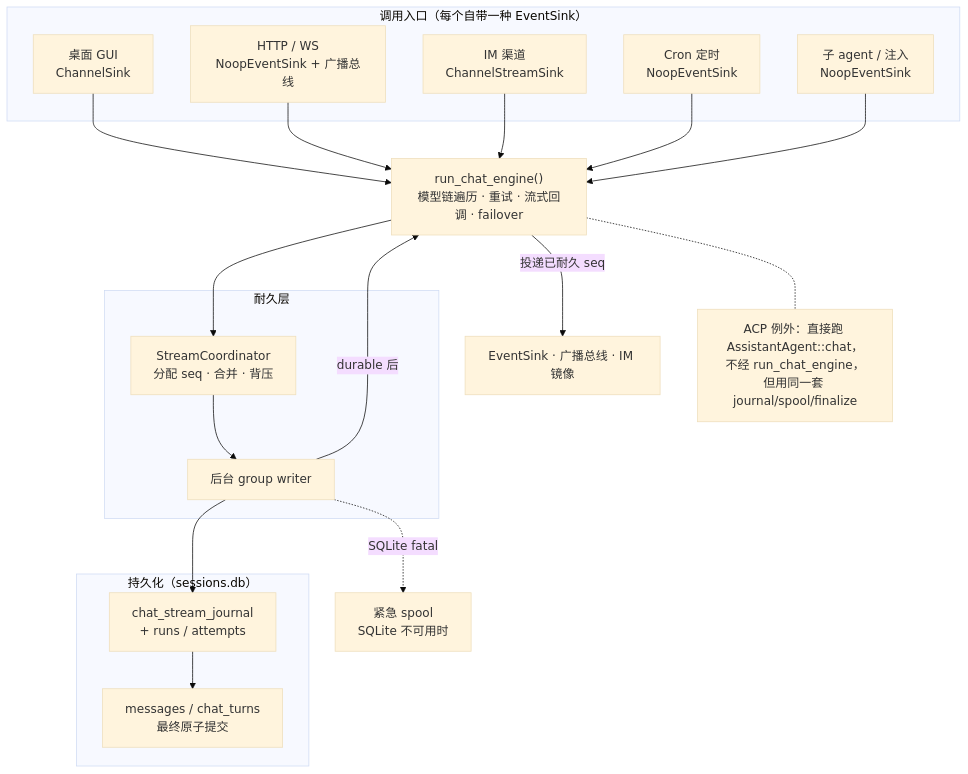
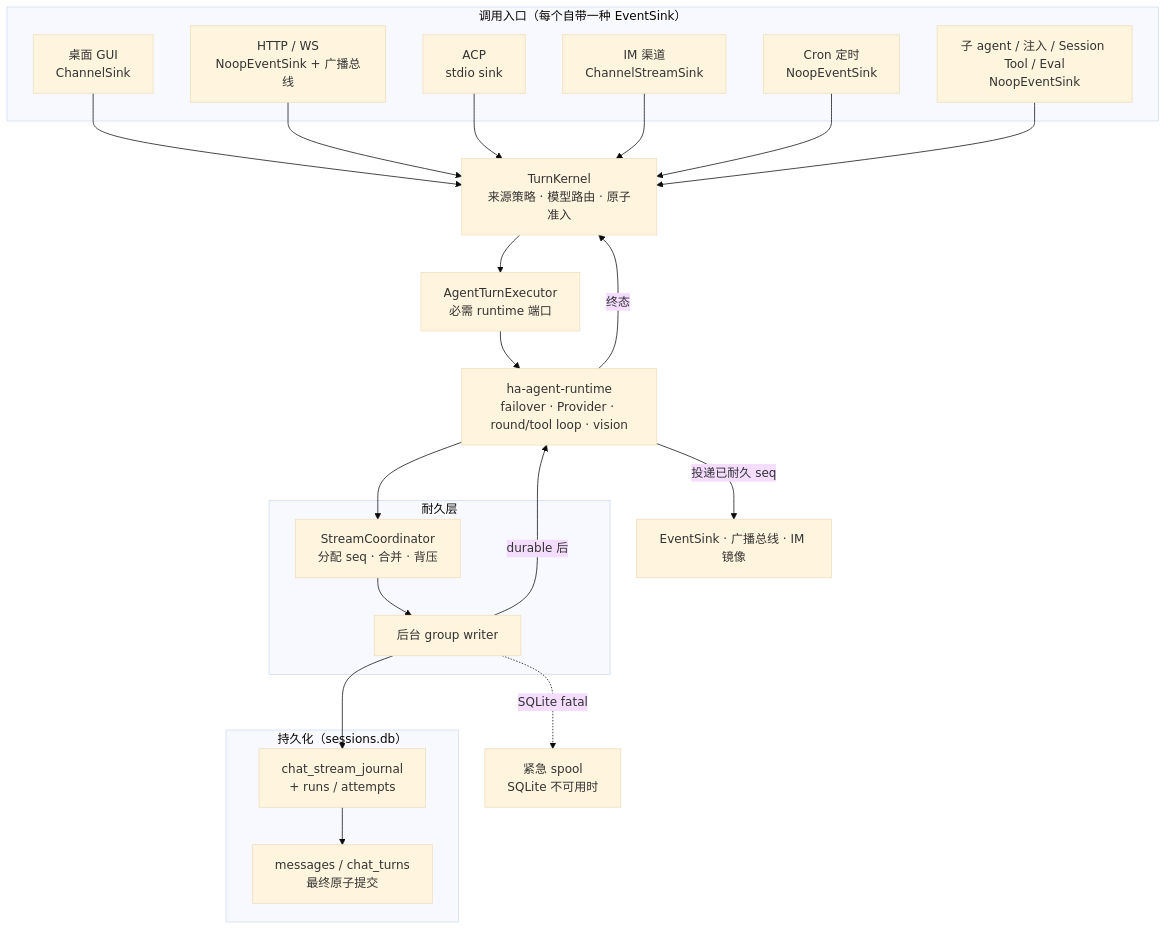
One commit to shiwenwen/hope-agent changed the first of 7 diagrams in docs/architecture/core/chat-engine.md. Above: the diagram before and after it, drawn with Mermaid (base theme). The commit also changed other lines of this file and 230 other files, not shown here.

Commit message:
🦭 refactor: converge agent kernel and execution runtimes

````diff
--- a/docs/architecture/core/chat-engine.md
+++ b/docs/architecture/core/chat-engine.md
@@ -48,35 +52,37 @@
 ```mermaid
 flowchart TB
     subgraph Sources["调用入口（每个自带一种 EventSink）"]
         D["桌面 GUI<br/>ChannelSink"]
         H["HTTP / WS<br/>NoopEventSink + 广播总线"]
+        A["ACP<br/>stdio sink"]
         C["IM 渠道<br/>ChannelStreamSink"]
         Cr["Cron 定时<br/>NoopEventSink"]
-        S["子 agent / 注入<br/>NoopEventSink"]
+        S["子 agent / 注入 / Session Tool / Eval<br/>NoopEventSink"]
     end
 
-    Engine["run_chat_engine()<br/>模型链遍历 · 重试 · 流式回调 · failover"]
+    Kernel["TurnKernel<br/>来源策略 · 模型路由 · 原子准入"]
+    Port["AgentTurnExecutor<br/>必需 runtime 端口"]
+    Runtime["ha-agent-runtime<br/>failover · Provider · round/tool loop · vision"]
 
     subgraph Durable["耐久层"]
         Coord["StreamCoordinator<br/>分配 seq · 合并 · 背压"]
         Writer["后台 group writer"]
     end
 
     subgraph Store["持久化（sessions.db）"]
         Journal["chat_stream_journal<br/>+ runs / attempts"]
         Msgs["messages / chat_turns<br/>最终原子提交"]
     end
 
     Spool["紧急 spool<br/>SQLite 不可用时"]
 
-    D & H & C & Cr & S --> Engine
-    Engine --> Coord --> Writer
+    D & H & A & C & Cr & S --> Kernel
+    Kernel --> Port --> Runtime
+    Runtime --> Coord --> Writer
     Writer --> Journal
     Writer -.SQLite fatal.-> Spool
     Journal --> Msgs
-    Writer -->|durable 后| Engine
-    Engine -->|投递已耐久 seq| Sinks["EventSink · 广播总线 · IM 镜像"]
-
-    Note["ACP 例外：直接跑 AssistantAgent::chat，<br/>不经 run_chat_engine，但用同一套 journal/spool/finalize"]
-    Engine -.- Note
+    Writer -->|durable 后| Runtime
+    Runtime -->|投递已耐久 seq| Sinks["EventSink · 广播总线 · IM 镜像"]
+    Runtime -->|终态| Kernel
 ```
````
